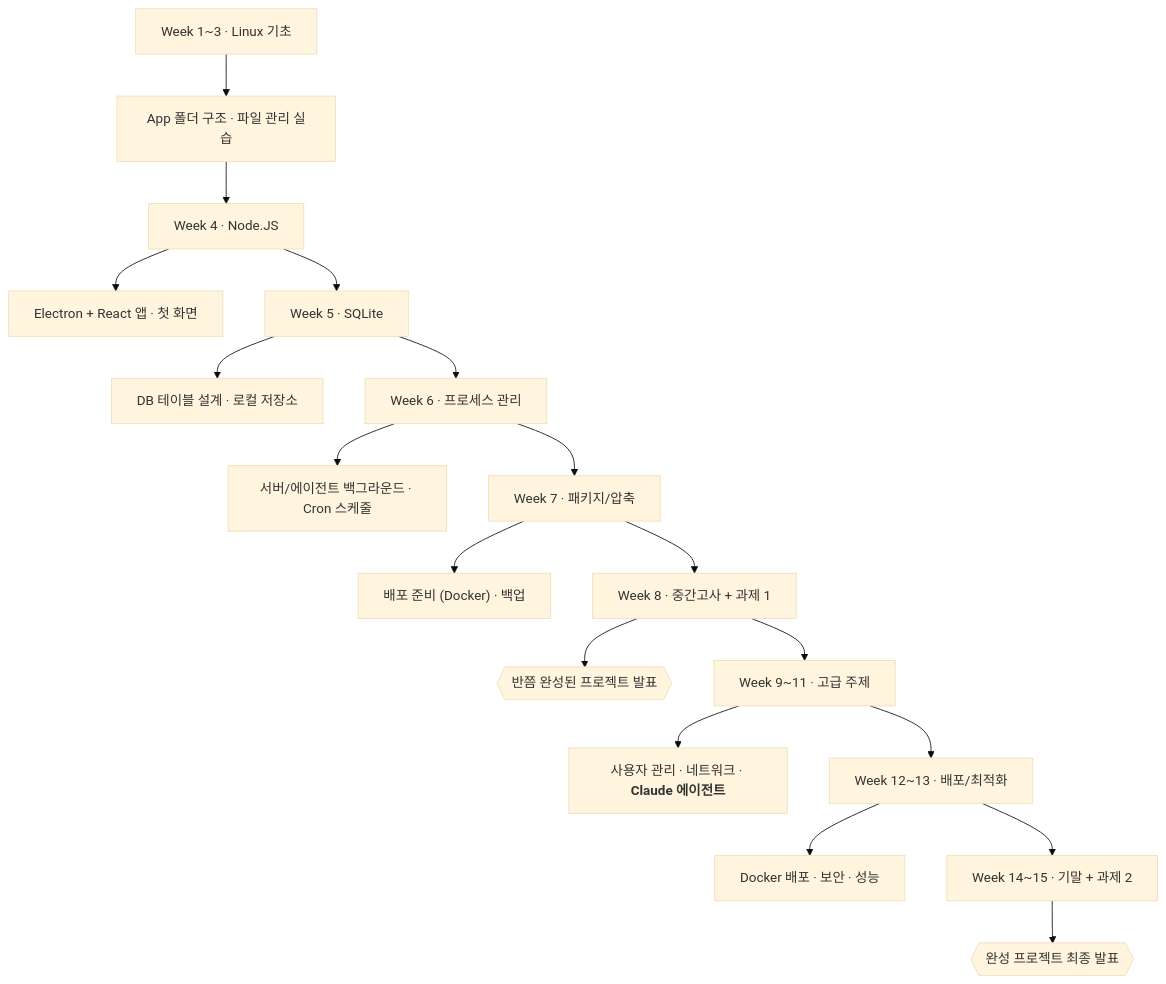
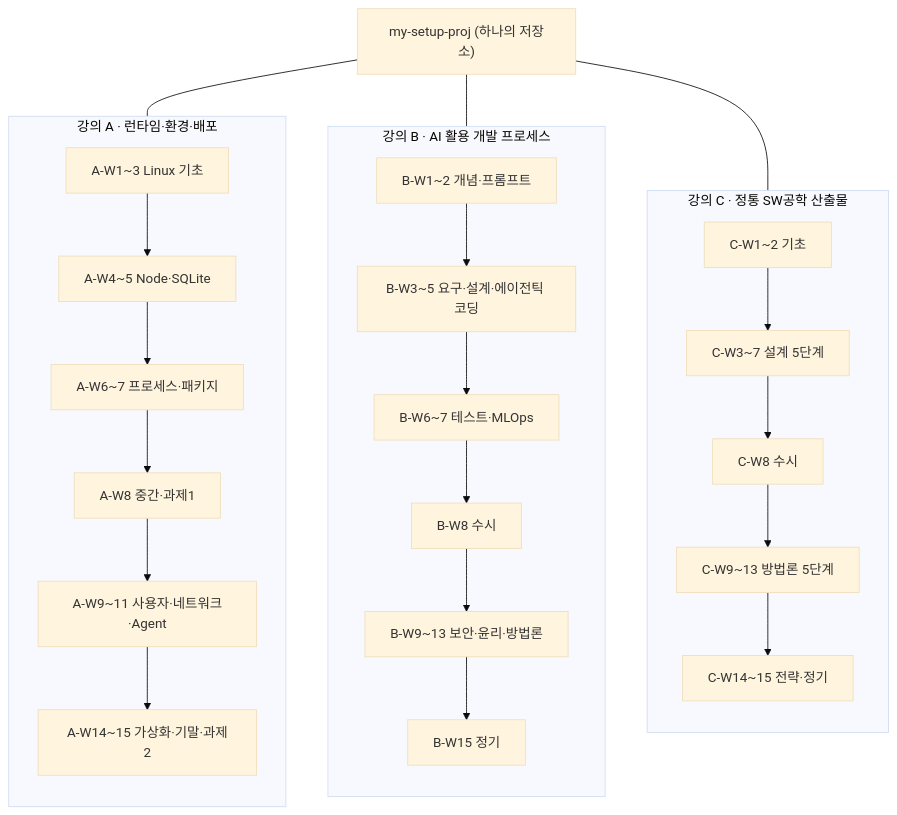
One commit to gamercross/my-setup-proj changed the diagram in docs/progress/COURSE_MAPPING.md. Above: the diagram before and after it, drawn with Mermaid (base theme). The commit also changed other lines of this file and 19 other files, not shown here.

````diff
--- a/docs/progress/COURSE_MAPPING.md
+++ b/docs/progress/COURSE_MAPPING.md
@@ -594,14 +396,19 @@
 ```mermaid
 flowchart TB
-  W13["Week 1~3 · Linux 기초"] --> A13["App 폴더 구조 · 파일 관리 실습"]
-  W4["Week 4 · Node.JS"] --> A4["Electron + React 앱 · 첫 화면"]
-  W5["Week 5 · SQLite"] --> A5["DB 테이블 설계 · 로컬 저장소"]
-  W6["Week 6 · 프로세스 관리"] --> A6["서버/에이전트 백그라운드 · Cron 스케줄"]
-  W7["Week 7 · 패키지/압축"] --> A7["배포 준비 (Docker) · 백업"]
-  W8["Week 8 · 중간고사 + 과제 1"] --> A8{{"반쯤 완성된 프로젝트 발표"}}
-  W911["Week 9~11 · 고급 주제"] --> A911["사용자 관리 · 네트워크 · <b>Claude 에이전트</b>"]
-  W1213["Week 12~13 · 배포/최적화"] --> A1213["Docker 배포 · 보안 · 성능"]
-  W1415["Week 14~15 · 기말 + 과제 2"] --> A1415{{"완성 프로젝트 최종 발표"}}
-
-  A13 --> W4 --> W5 --> W6 --> W7 --> W8 --> W911 --> W1213 --> W1415
+  subgraph A["강의 A · 런타임·환경·배포"]
+    direction TB
+    A5["A-W1~3 Linux 기초"] --> A6["A-W4~5 Node·SQLite"] --> A7["A-W6~7 프로세스·패키지"] --> A8["A-W8 중간·과제1"] --> A9["A-W9~11 사용자·네트워크·Agent"] --> A10["A-W14~15 가상화·기말·과제2"]
+  end
+  subgraph B["강의 B · AI 활용 개발 프로세스"]
+    direction TB
+    B1["B-W1~2 개념·프롬프트"] --> B2["B-W3~5 요구·설계·에이전틱 코딩"] --> B3["B-W6~7 테스트·MLOps"] --> B4["B-W8 수시"] --> B5["B-W9~13 보안·윤리·방법론"] --> B6["B-W15 정기"]
+  end
+  subgraph C["강의 C · 정통 SW공학 산출물"]
+    direction TB
+    C1["C-W1~2 기초"] --> C2["C-W3~7 설계 5단계"] --> C3["C-W8 수시"] --> C4["C-W9~13 방법론 5단계"] --> C5["C-W14~15 전략·정기"]
+  end
+  PROJ["my-setup-proj (하나의 저장소)"]
+  PROJ --- A
+  PROJ --- B
+  PROJ --- C
 ```
````
